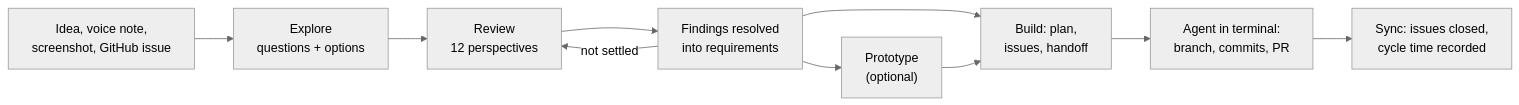
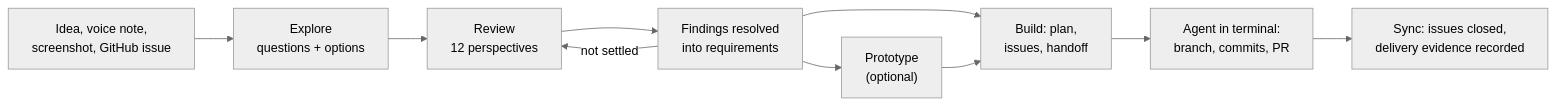
The fourth of 9 diagrams in README.md (t-boris/MarkView), drawn with Mermaid (neutral theme) before and after one commit. The commit also changed other lines of this file and 27 other files, not shown here.

First line of the commit message:
feat: cycle time as a read-only view over the workflow journal (5.54.0)

````diff
--- a/README.md
+++ b/README.md
@@ -272,12 +272,12 @@
 ```mermaid
 flowchart LR
     I["Idea, voice note,<br/>screenshot, GitHub issue"] --> X["Explore<br/>questions + options"]
     X --> R["Review<br/>12 perspectives"]
     R --> W["Findings resolved<br/>into requirements"]
     W -->|"not settled"| R
     W --> P["Prototype<br/>(optional)"]
     W --> B["Build: plan,<br/>issues, handoff"]
     P --> B
     B --> G["Agent in terminal:<br/>branch, commits, PR"]
-    G --> Y["Sync: issues closed,<br/>cycle time recorded"]
+    G --> Y["Sync: issues closed,<br/>delivery evidence recorded"]
 ```
````
